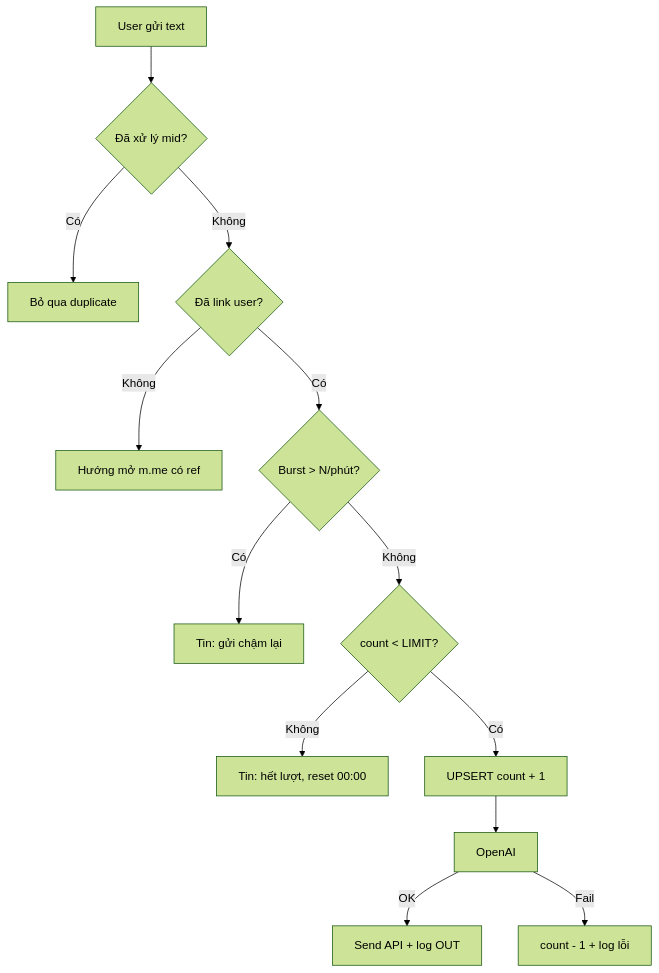
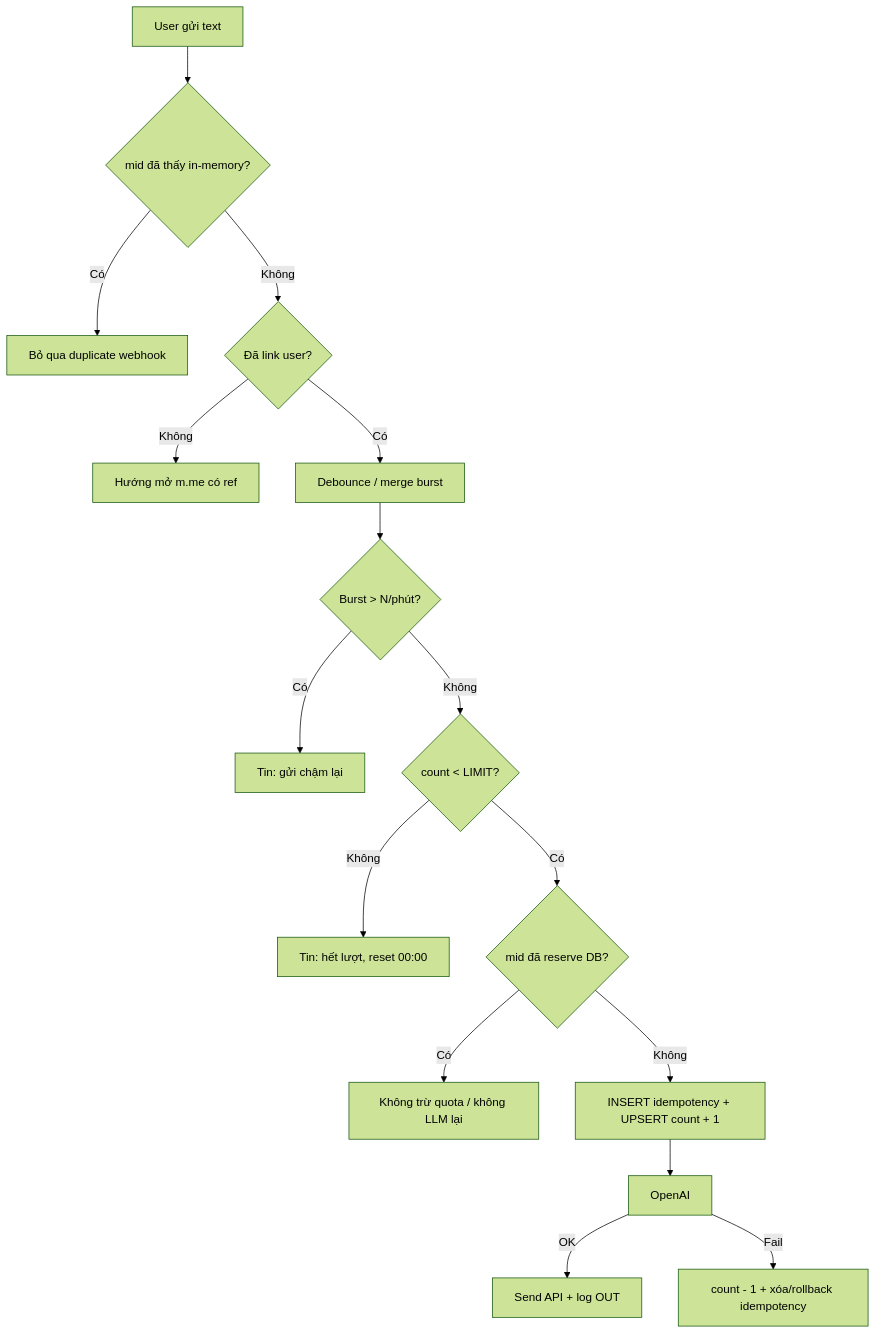
One commit to lengocanh2005it/messenger-ai-for-student changed the third of 5 diagrams in docs/chat-rate-limit-quota.md. Above: the diagram before and after it, drawn with Mermaid (forest theme). The commit also changed other lines of this file and 1 other file, not shown here.

Commit message:
docs: add chat rate limit design documentation and update AGENTS.md roadmap

````diff
--- a/docs/chat-rate-limit-quota.md
+++ b/docs/chat-rate-limit-quota.md
@@ -380,15 +384,18 @@
 ```mermaid
 flowchart TD
-  START[User gửi text] --> MID{Đã xử lý mid?}
-  MID -->|Có| SKIP[Bỏ qua duplicate]
-  MID -->|Không| LINK{Đã link user?}
+  START[User gửi text] --> RAM{mid đã thấy in-memory?}
+  RAM -->|Có| SKIP[Bỏ qua duplicate webhook]
+  RAM -->|Không| LINK{Đã link user?}
   LINK -->|Không| GUIDE[Hướng mở m.me có ref]
-  LINK -->|Có| BURST{Burst > N/phút?}
+  LINK -->|Có| DEBOUNCE[Debounce / merge burst]
+  DEBOUNCE --> BURST{Burst > N/phút?}
   BURST -->|Có| DENY1[Tin: gửi chậm lại]
   BURST -->|Không| QUOTA{count < LIMIT?}
   QUOTA -->|Không| DENY2[Tin: hết lượt, reset 00:00]
-  QUOTA -->|Có| RESERVE[UPSERT count + 1]
+  QUOTA -->|Có| IDEM{mid đã reserve DB?}
+  IDEM -->|Có| SKIP2[Không trừ quota / không LLM lại]
+  IDEM -->|Không| RESERVE[INSERT idempotency + UPSERT count + 1]
   RESERVE --> LLM[OpenAI]
   LLM -->|OK| SEND[Send API + log OUT]
-  LLM -->|Fail| REFUND[count - 1 + log lỗi]
+  LLM -->|Fail| REFUND[count - 1 + xóa/rollback idempotency]
 ```
````
